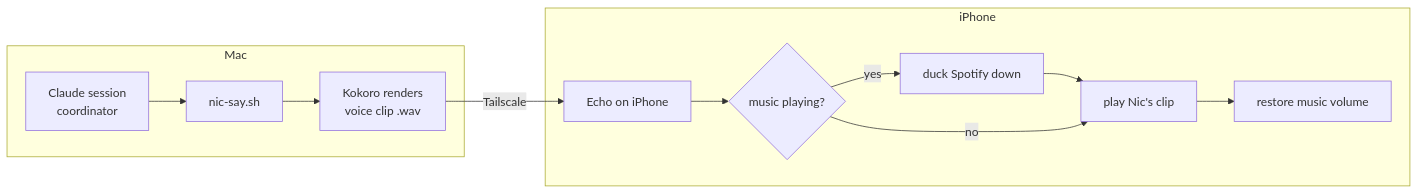
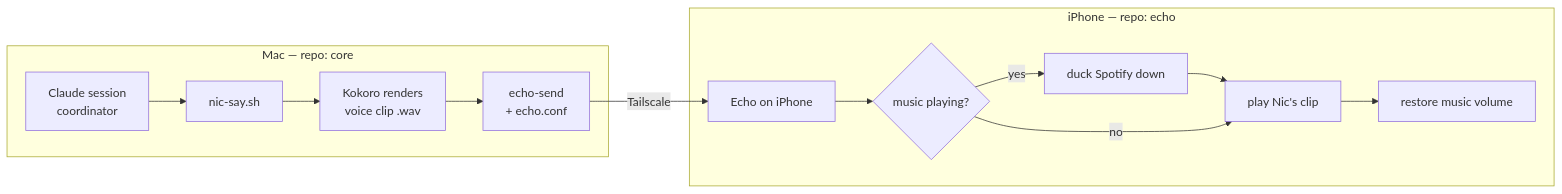
Before and after one commit to rannyeribatista/echo: the diagram in docs/architecture.md, drawn with Mermaid. The commit also changed other lines of this file and 9 other files, not shown here.

````diff
--- a/docs/architecture.md
+++ b/docs/architecture.md
@@ -30,15 +30,16 @@
 ```mermaid
 flowchart LR
-  subgraph Mac
+  subgraph Mac["Mac — repo: core"]
     A[Claude session<br/>coordinator] --> B[nic-say.sh]
     B --> C[Kokoro renders<br/>voice clip .wav]
+    C --> S[echo-send<br/>+ echo.conf]
   end
-  C -->|Tailscale| D[Echo on iPhone]
-  subgraph iPhone
+  S -->|Tailscale| D[Echo on iPhone]
+  subgraph iPhone["iPhone — repo: echo"]
     D --> E{music playing?}
     E -->|yes| F[duck Spotify down]
     F --> G[play Nic's clip]
     G --> H[restore music volume]
     E -->|no| G
   end
 ```
````
